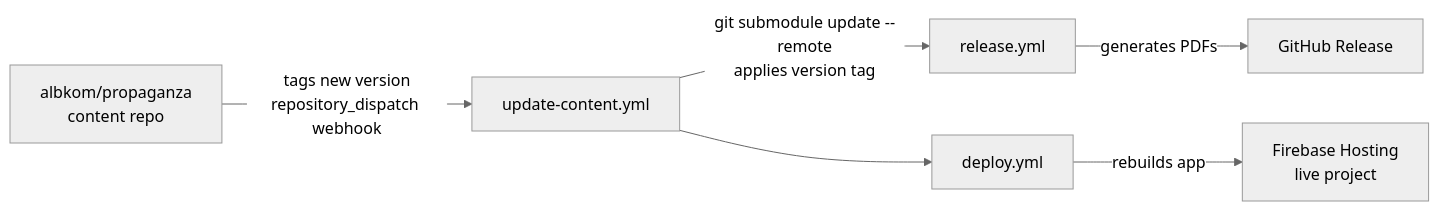
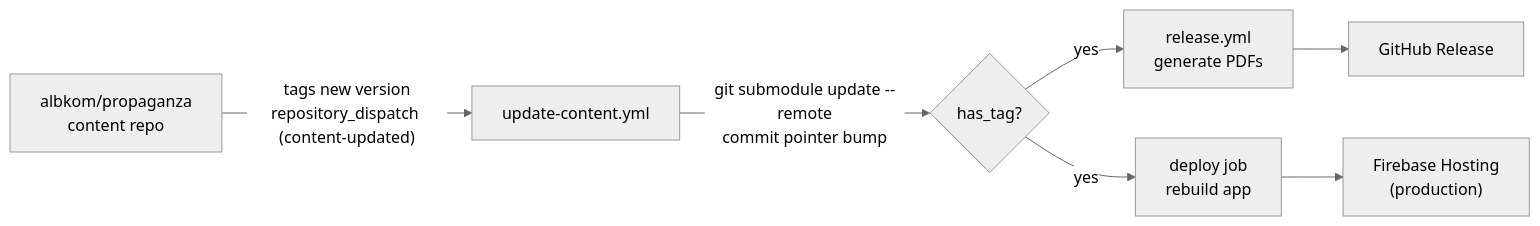
One commit to Cartoniol/project-propz changed the third of 3 diagrams in PROJECT_OVERVIEW.md. Above: the diagram before and after it, drawn with Mermaid (neutral theme). The commit also changed other lines of this file and 2 other files, not shown here.

Commit message:
disabled chat, updated content

````diff
--- a/PROJECT_OVERVIEW.md
+++ b/PROJECT_OVERVIEW.md
@@ -413,8 +475,9 @@
 ```mermaid
 graph LR
-    A[albkom/propaganza\ncontent repo] -->|tags new version\nrepository_dispatch webhook| B[update-content.yml]
-    B -->|git submodule update --remote\napplies version tag| C[release.yml]
-    B --> D[deploy.yml]
-    C -->|generates PDFs| E[GitHub Release]
-    D -->|rebuilds app| F[Firebase Hosting\nlive project]
+    A["albkom/propaganza<br/>content repo"] -->|"tags new version<br/>repository_dispatch (content-updated)"| B["update-content.yml"]
+    B -->|"git submodule update --remote<br/>commit pointer bump"| C{has_tag?}
+    C -->|yes| D["release.yml<br/>generate PDFs"]
+    C -->|yes| E["deploy job<br/>rebuild app"]
+    D --> F["GitHub Release"]
+    E --> G["Firebase Hosting<br/>(production)"]
 ```
````
